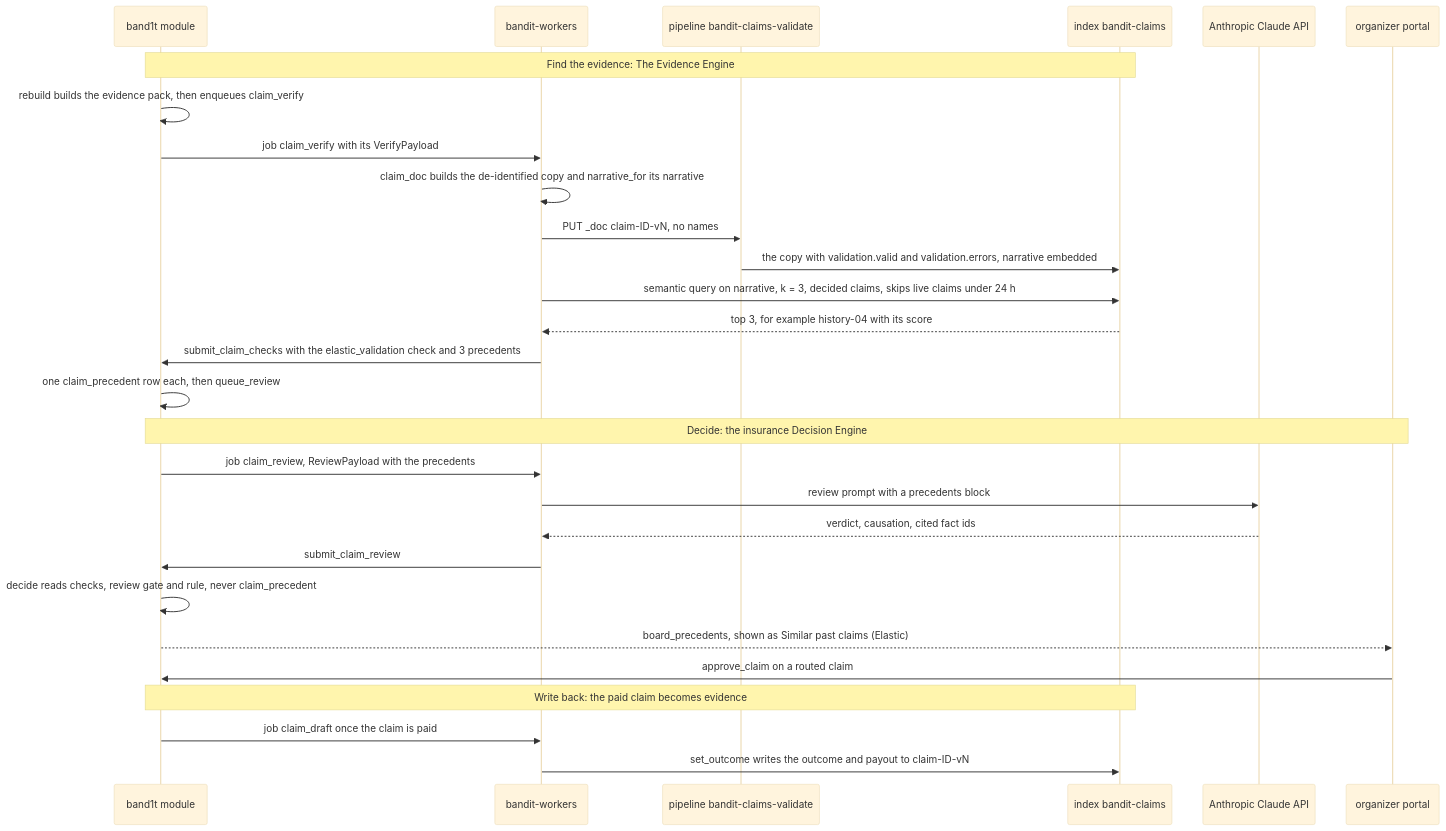
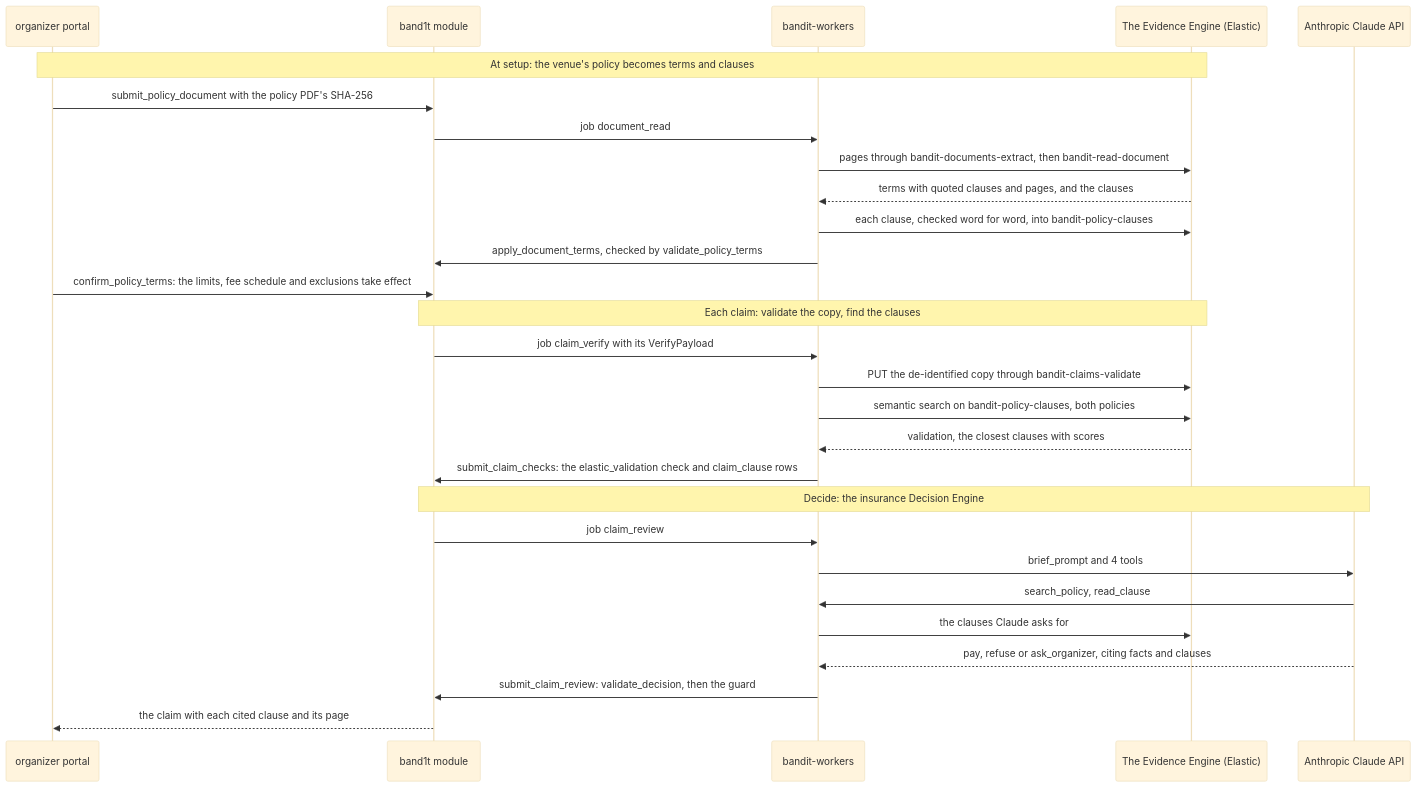
One commit to viktorinkov/cal-hacks-13 changed the second of 8 diagrams in System Design/7-integrations/Elastic.md. Above: the diagram before and after it, drawn with Mermaid (base theme). The commit also changed other lines of this file and 5 other files, not shown here.

Commit message:
system design: policy clauses instead of past claims, Claude decides under the guard

````diff
--- a/System Design/7-integrations/Elastic.md
+++ b/System Design/7-integrations/Elastic.md
@@ -265,30 +306,30 @@
 ```mermaid
 sequenceDiagram
+  participant O as organizer portal
   participant M as band1t module
   participant W as bandit-workers
-  participant P as pipeline bandit-claims-validate
-  participant ES as index bandit-claims
+  participant E as The Evidence Engine (Elastic)
   participant C as Anthropic Claude API
-  participant O as organizer portal
-  Note over M,ES: Find the evidence: The Evidence Engine
-  M->>M: rebuild builds the evidence pack, then enqueues claim_verify
+  Note over O,E: At setup: the venue's policy becomes terms and clauses
+  O->>M: submit_policy_document with the policy PDF's SHA-256
+  M->>W: job document_read
+  W->>E: pages through bandit-documents-extract, then bandit-read-document
+  E-->>W: terms with quoted clauses and pages, and the clauses
+  W->>E: each clause, checked word for word, into bandit-policy-clauses
+  W->>M: apply_document_terms, checked by validate_policy_terms
+  O->>M: confirm_policy_terms: the limits, fee schedule and exclusions take effect
+  Note over M,E: Each claim: validate the copy, find the clauses
   M->>W: job claim_verify with its VerifyPayload
-  W->>W: claim_doc builds the de-identified copy and narrative_for its narrative
-  W->>P: PUT _doc claim-ID-vN, no names
-  P->>ES: the copy with validation.valid and validation.errors, narrative embedded
-  W->>ES: semantic query on narrative, k = 3, decided claims, skips live claims under 24 h
-  ES-->>W: top 3, for example history-04 with its score
-  W->>M: submit_claim_checks with the elastic_validation check and 3 precedents
-  M->>M: one claim_precedent row each, then queue_review
-  Note over M,O: Decide: the insurance Decision Engine
-  M->>W: job claim_review, ReviewPayload with the precedents
-  W->>C: review prompt with a precedents block
-  C-->>W: verdict, causation, cited fact ids
-  W->>M: submit_claim_review
-  M->>M: decide reads checks, review gate and rule, never claim_precedent
-  M-->>O: board_precedents, shown as Similar past claims (Elastic)
-  O->>M: approve_claim on a routed claim
-  Note over M,ES: Write back: the paid claim becomes evidence
-  M->>W: job claim_draft once the claim is paid
-  W->>ES: set_outcome writes the outcome and payout to claim-ID-vN
+  W->>E: PUT the de-identified copy through bandit-claims-validate
+  W->>E: semantic search on bandit-policy-clauses, both policies
+  E-->>W: validation, the closest clauses with scores
+  W->>M: submit_claim_checks: the elastic_validation check and claim_clause rows
+  Note over M,C: Decide: the insurance Decision Engine
+  M->>W: job claim_review
+  W->>C: brief_prompt and 4 tools
+  C->>W: search_policy, read_clause
+  W->>E: the clauses Claude asks for
+  C-->>W: pay, refuse or ask_organizer, citing facts and clauses
+  W->>M: submit_claim_review: validate_decision, then the guard
+  M-->>O: the claim with each cited clause and its page
 ```
````
